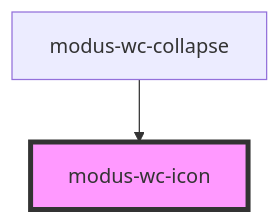
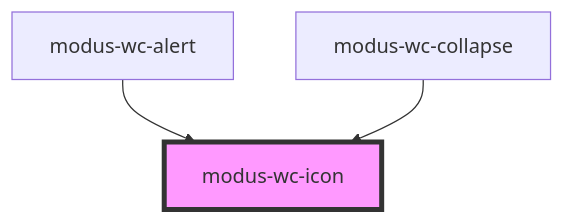
One commit to trimble-oss/modus-wc-2.0 changed the diagram in src/components/atoms/modus-wc-icon/readme.md. Above: the diagram before and after it, drawn with Mermaid. The commit also changed other lines of this file and 10 other files, not shown here.

````diff
--- a/src/components/atoms/modus-wc-icon/readme.md
+++ b/src/components/atoms/modus-wc-icon/readme.md
@@ -33,5 +34,6 @@
 ```mermaid
 graph TD;
+  modus-wc-alert --> modus-wc-icon
   modus-wc-collapse --> modus-wc-icon
   style modus-wc-icon fill:#f9f,stroke:#333,stroke-width:4px
 ```
````
